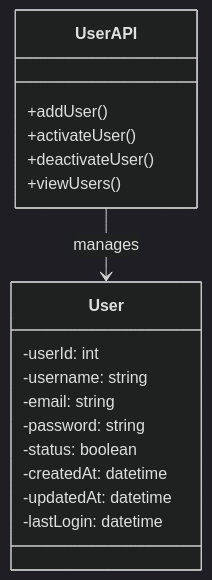
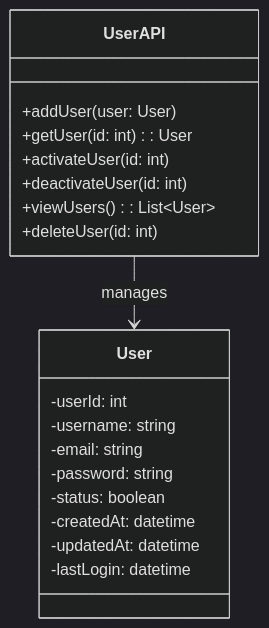
Before and after one commit to Fawry-Intern-Round-8/User-API: the first of 2 diagrams in README.md, drawn with Mermaid (dark theme).

````diff
--- a/README.md
+++ b/README.md
@@ -4,22 +4,24 @@
 ```mermaid
 classDiagram
     class UserAPI {
-      +addUser()
-      +activateUser()
-      +deactivateUser()
-      +viewUsers()
+      +addUser(user: User)
+      +getUser(id: int): User
+      +activateUser(id: int)
+      +deactivateUser(id: int)
+      +viewUsers(): List~User~
+      +deleteUser(id: int)
     }
     
     class User {
       -userId: int
       -username: string
       -email: string
       -password: string
       -status: boolean
       -createdAt: datetime
       -updatedAt: datetime
       -lastLogin: datetime
     }
     
     UserAPI --> User : manages
 ```
````
